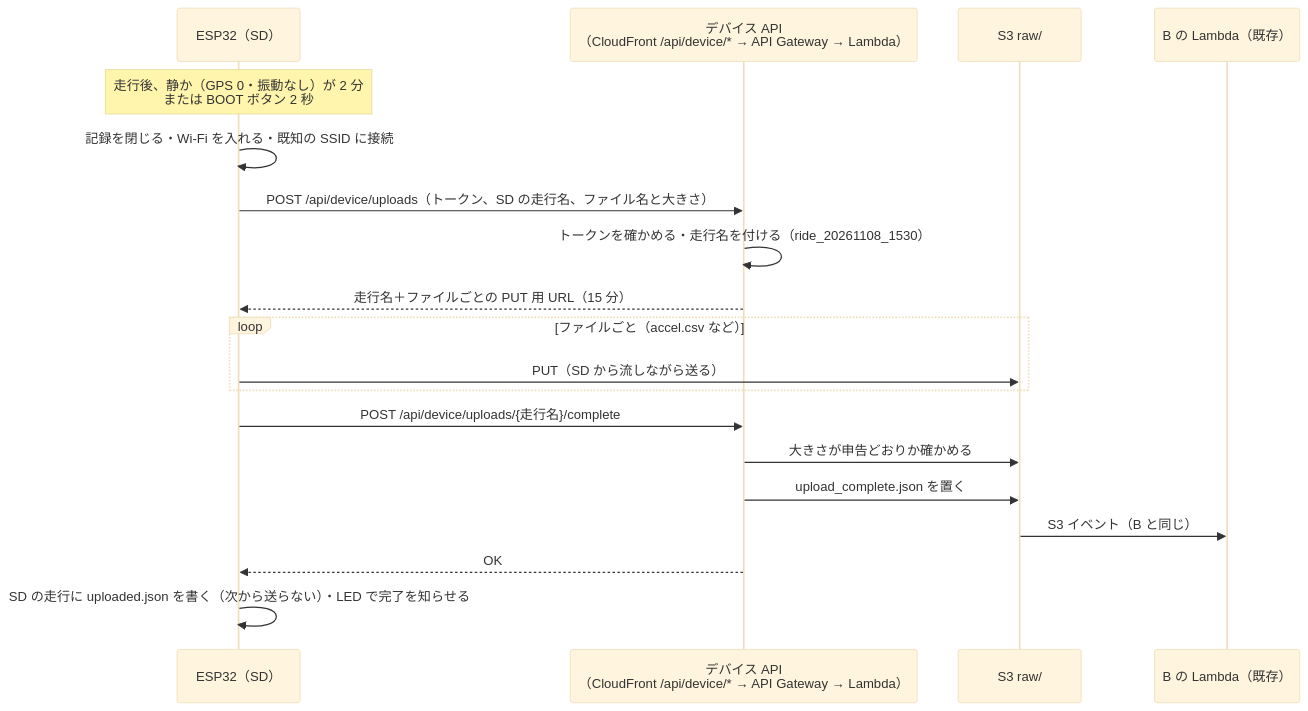
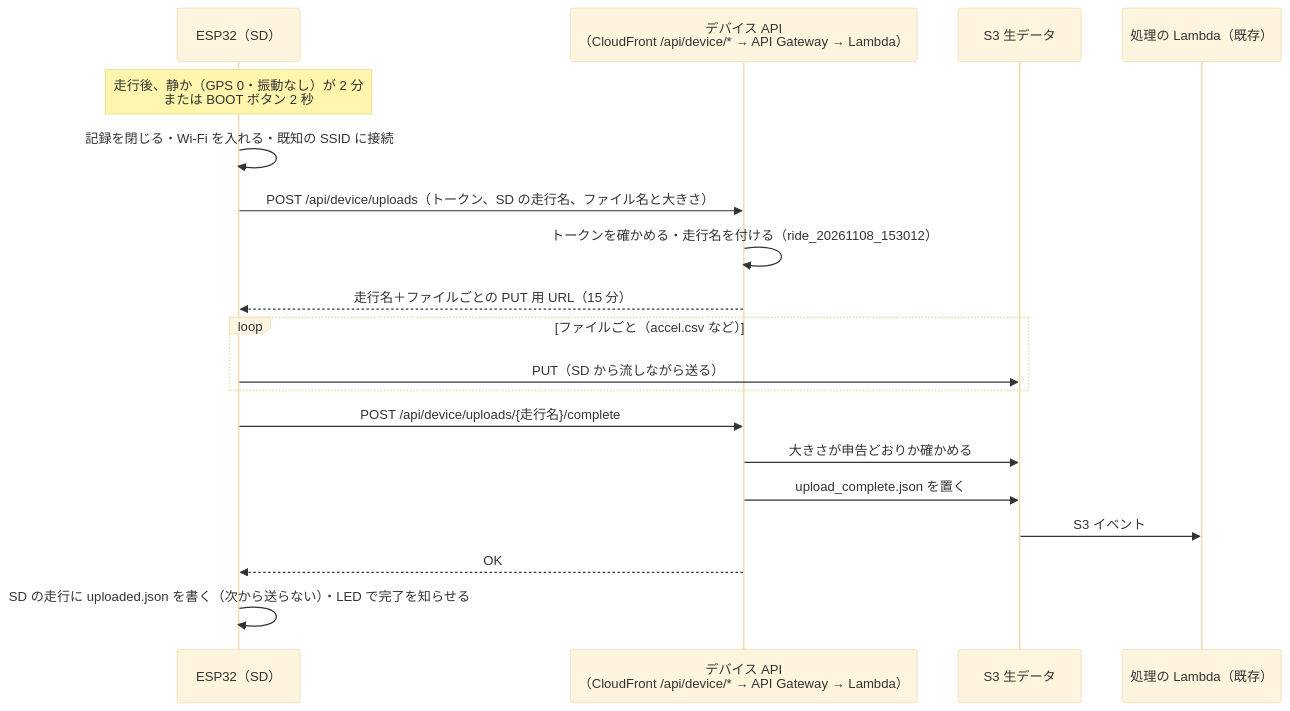
One commit to abeouga/drive-logger changed the diagram in docs/device_upload_design.md. Above: the diagram before and after it, drawn with Mermaid (base theme). The commit also changed other lines of this file and 17 other files, not shown here.

````diff
--- a/docs/device_upload_design.md
+++ b/docs/device_upload_design.md
@@ -66,22 +66,22 @@
 ```mermaid
 sequenceDiagram
     participant D as ESP32（SD）
     participant A as デバイス API<br/>（CloudFront /api/device/* → API Gateway → Lambda）
-    participant S as S3 raw/
-    participant P as B の Lambda（既存）
+    participant S as S3 生データ
+    participant P as 処理の Lambda（既存）
 
     Note over D: 走行後、静か（GPS 0・振動なし）が 2 分<br/>または BOOT ボタン 2 秒
     D->>D: 記録を閉じる・Wi-Fi を入れる・既知の SSID に接続
     D->>A: POST /api/device/uploads（トークン、SD の走行名、ファイル名と大きさ）
-    A->>A: トークンを確かめる・走行名を付ける（ride_20261108_1530）
+    A->>A: トークンを確かめる・走行名を付ける（ride_20261108_153012）
     A-->>D: 走行名＋ファイルごとの PUT 用 URL（15 分）
     loop ファイルごと（accel.csv など）
         D->>S: PUT（SD から流しながら送る）
     end
     D->>A: POST /api/device/uploads/{走行名}/complete
     A->>S: 大きさが申告どおりか確かめる
     A->>S: upload_complete.json を置く
-    S->>P: S3 イベント（B と同じ）
+    S->>P: S3 イベント
     A-->>D: OK
     D->>D: SD の走行に uploaded.json を書く（次から送らない）・LED で完了を知らせる
 ```
````
